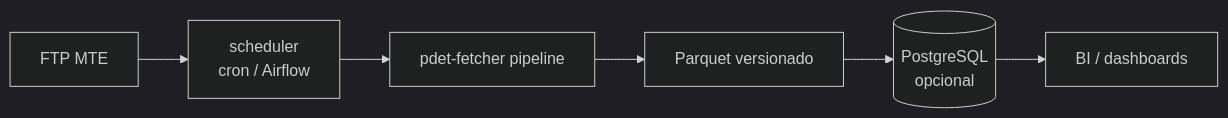
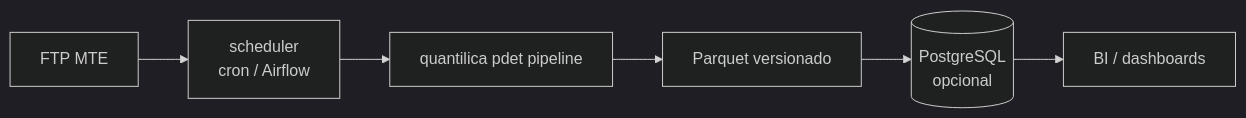
Before and after one commit to Quantilica/docs: the second of 2 diagrams in docs/trabalho/index.md, drawn with Mermaid (dark theme). The commit also changed other lines of this file and 22 other files, not shown here.

````diff
--- a/docs/trabalho/index.md
+++ b/docs/trabalho/index.md
@@ -37,8 +37,8 @@
 ```mermaid
 graph LR
     A[FTP MTE] --> B[scheduler<br/>cron / Airflow]
-    B --> C[pdet-fetcher pipeline]
+    B --> C[quantilica pdet pipeline]
     C --> D[Parquet versionado]
     D --> E[(PostgreSQL<br/>opcional)]
     E --> F[BI / dashboards]
 ```
````
